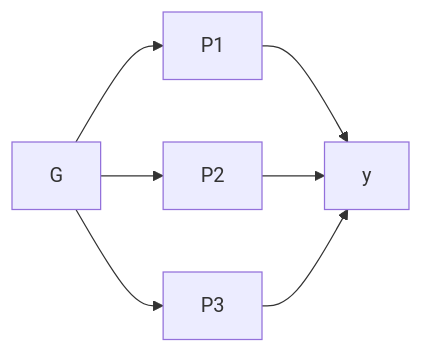
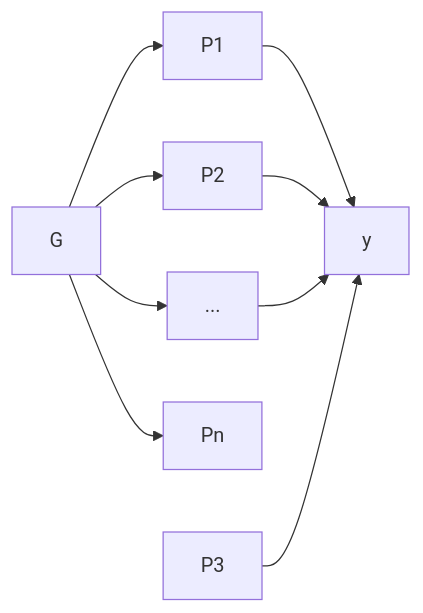
One commit to jinghuazhao/INF changed the second of 3 diagrams in docs/README.md. Above: the diagram before and after it, drawn with Mermaid. The commit also changed other lines of this file, not shown here.

````diff
--- a/docs/README.md
+++ b/docs/README.md
@@ -28,9 +28,11 @@
 ```mermaid
 graph LR;
 G --> P1
 G --> P2
-G --> P3
+G --> ...
+G --> Pn
 P1 --> y
 P2 --> y
+... --> y
 P3 --> y
 ```
````
